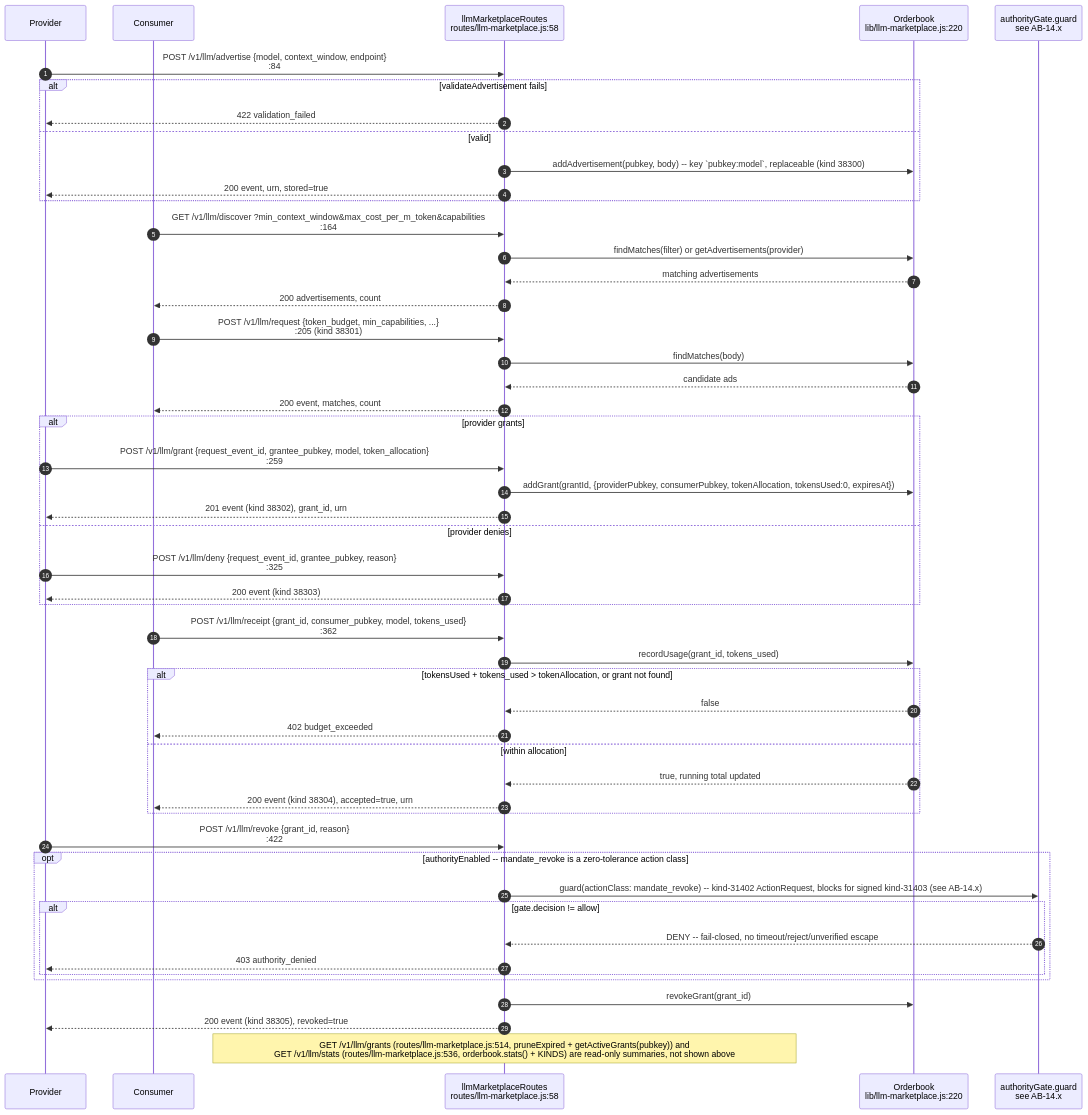
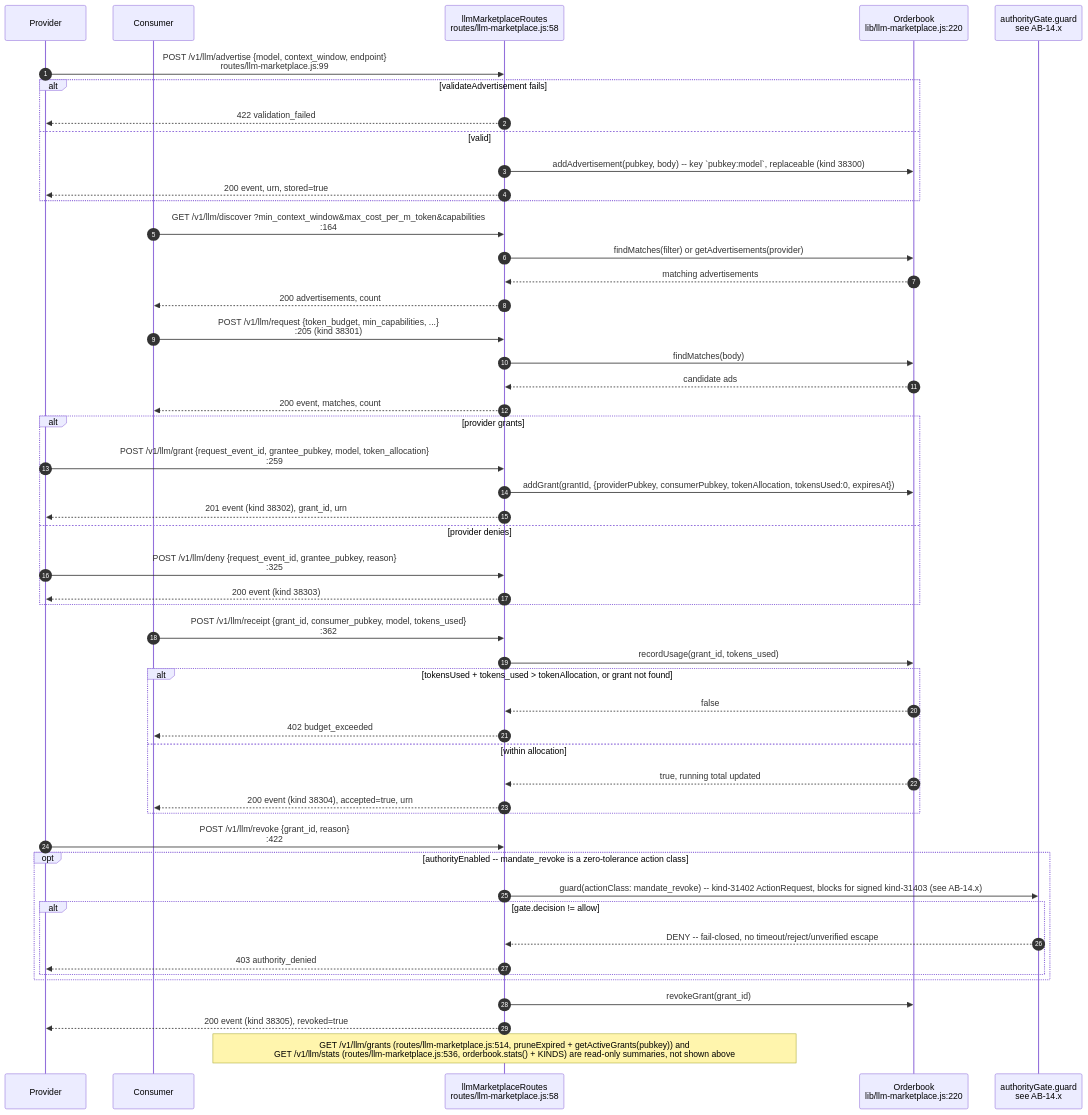
The ninth of 14 diagrams in docs/diagrams/agentbox/15-capability-gating-spend-consultants.md (DreamLab-AI/VisionFlow), drawn with Mermaid before and after one commit. The commit also changed other lines of this file and 111 other files, not shown here.

Commit message:
docs(diagrams): align estate maps with current source

````diff
--- a/docs/diagrams/agentbox/15-capability-gating-spend-consultants.md
+++ b/docs/diagrams/agentbox/15-capability-gating-spend-consultants.md
@@ -446,59 +446,59 @@
 ```mermaid
 sequenceDiagram
     autonumber
     participant Prov as Provider
     participant Cons as Consumer
     participant R as llmMarketplaceRoutes<br/>routes/llm-marketplace.js:58
     participant OB as Orderbook<br/>lib/llm-marketplace.js:220
     participant Gate as authorityGate.guard<br/>see AB-14.x
 
-    Prov->>R: POST /v1/llm/advertise {model, context_window, endpoint}<br/>:84
+    Prov->>R: POST /v1/llm/advertise {model, context_window, endpoint}<br/>routes/llm-marketplace.js:99
     alt validateAdvertisement fails
         R-->>Prov: 422 validation_failed
     else valid
         R->>OB: addAdvertisement(pubkey, body) -- key #96;pubkey:model#96;, replaceable (kind 38300)
         R-->>Prov: 200 event, urn, stored=true
     end
 
     Cons->>R: GET /v1/llm/discover ?min_context_window&max_cost_per_m_token&capabilities<br/>:164
     R->>OB: findMatches(filter) or getAdvertisements(provider)
     OB-->>R: matching advertisements
     R-->>Cons: 200 advertisements, count
 
     Cons->>R: POST /v1/llm/request {token_budget, min_capabilities, ...}<br/>:205 (kind 38301)
     R->>OB: findMatches(body)
     OB-->>R: candidate ads
     R-->>Cons: 200 event, matches, count
 
     alt provider grants
         Prov->>R: POST /v1/llm/grant {request_event_id, grantee_pubkey, model, token_allocation}<br/>:259
         R->>OB: addGrant(grantId, {providerPubkey, consumerPubkey, tokenAllocation, tokensUsed:0, expiresAt})
         R-->>Prov: 201 event #40;kind 38302#41;, grant_id, urn
     else provider denies
         Prov->>R: POST /v1/llm/deny {request_event_id, grantee_pubkey, reason}<br/>:325
         R-->>Prov: 200 event #40;kind 38303#41;
     end
 
     Cons->>R: POST /v1/llm/receipt {grant_id, consumer_pubkey, model, tokens_used}<br/>:362
     R->>OB: recordUsage(grant_id, tokens_used)
     alt tokensUsed + tokens_used #62; tokenAllocation, or grant not found
         OB-->>R: false
         R-->>Cons: 402 budget_exceeded
     else within allocation
         OB-->>R: true, running total updated
         R-->>Cons: 200 event #40;kind 38304#41;, accepted=true, urn
     end
 
     Prov->>R: POST /v1/llm/revoke {grant_id, reason}<br/>:422
     opt authorityEnabled -- mandate_revoke is a zero-tolerance action class
         R->>Gate: guard#40;actionClass: mandate_revoke#41; -- kind-31402 ActionRequest, blocks for signed kind-31403 (see AB-14.x)
         alt gate.decision != allow
             Gate-->>R: DENY -- fail-closed, no timeout/reject/unverified escape
             R-->>Prov: 403 authority_denied
         end
     end
     R->>OB: revokeGrant(grant_id)
     R-->>Prov: 200 event #40;kind 38305#41;, revoked=true
 
     Note over R: GET /v1/llm/grants #40;routes/llm-marketplace.js:514, pruneExpired + getActiveGrants#40;pubkey#41;#41; and<br/>GET /v1/llm/stats #40;routes/llm-marketplace.js:536, orderbook.stats#40;#41; + KINDS#41; are read-only summaries, not shown above
 ```
````
